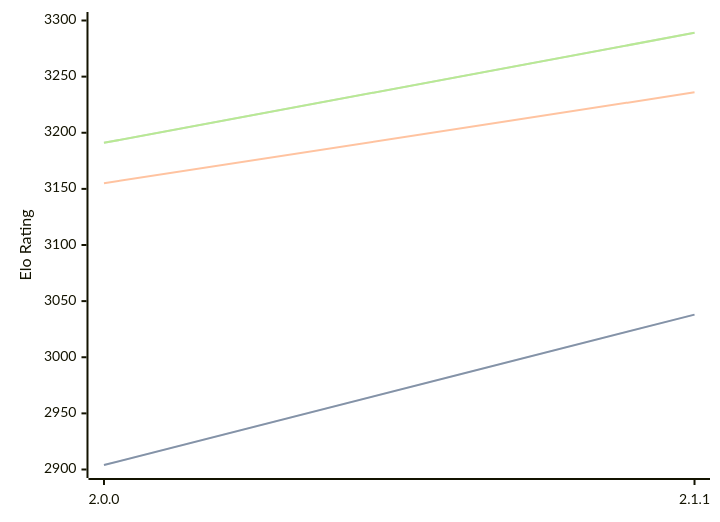
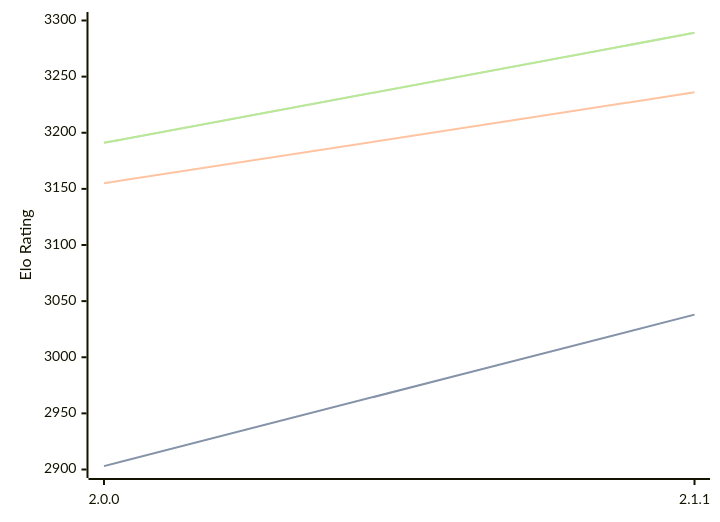
Before and after one commit to computer-chess-index/cci: the diagram in engines/Bread.md, drawn with Mermaid. The commit also changed other lines of this file, not shown here.

Commit message:
Update CCI Ratings (ELO VLTC) - 2026-02-18

````diff
--- a/engines/Bread.md
+++ b/engines/Bread.md
@@ -47,11 +47,11 @@
 ```mermaid
 %%{init: {"theme":"base","themeVariables":{"seriesColors:['#a3a3a3','#222221','#faa371']}}}%%
 xychart-beta
   x-axis ["2.0.0", "2.1.1"]
   y-axis "Elo Rating" 2900 --> 3300
-  line "STC (8.0+0.08s)" [2904, 3038]
-  line "STC (8.0+0.08s)" [2904, 3038]
+  line "STC (8.0+0.08s)" [2903, 3038]
+  line "STC (8.0+0.08s)" [2903, 3038]
   line "LTC (60.0+0.60s)" [3155, 3236]
   line "VLTC (2m24s+1.12s)" [3191, 3289]
   line "VLTC (2m24s+1.12s)" [3191, 3289]
 ```
````
